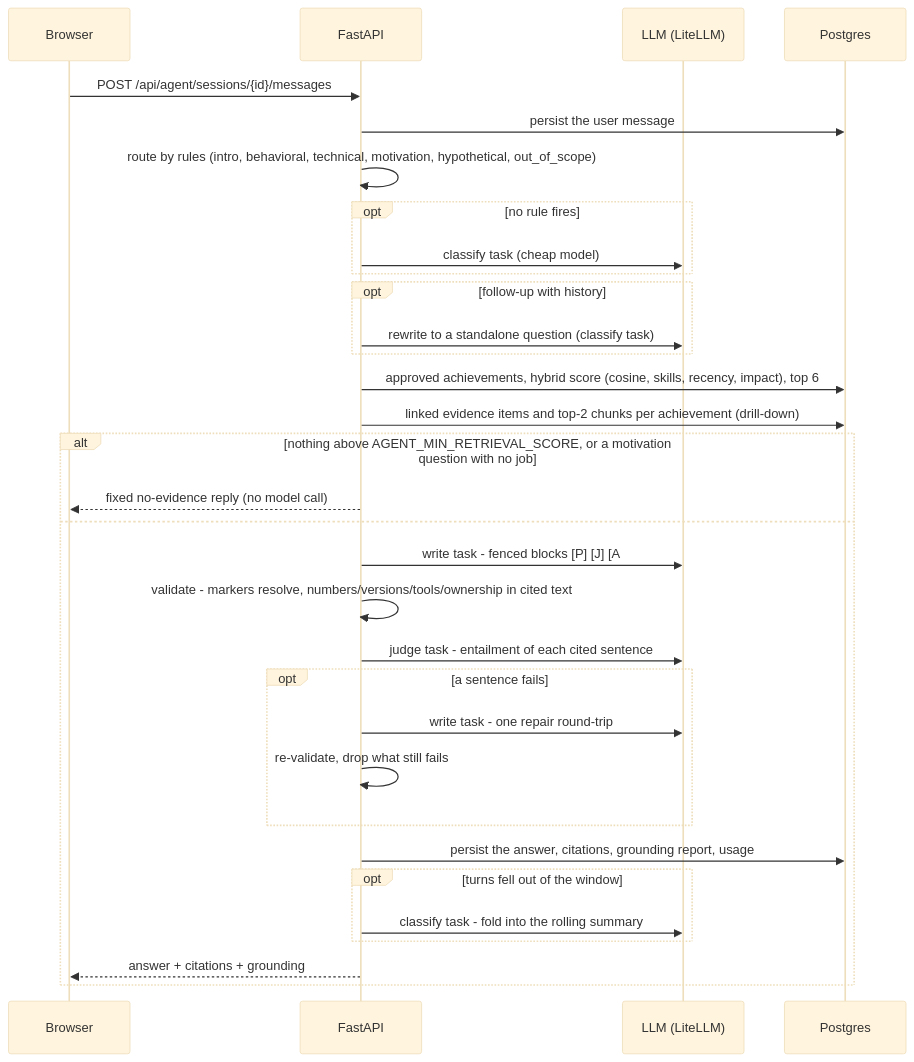
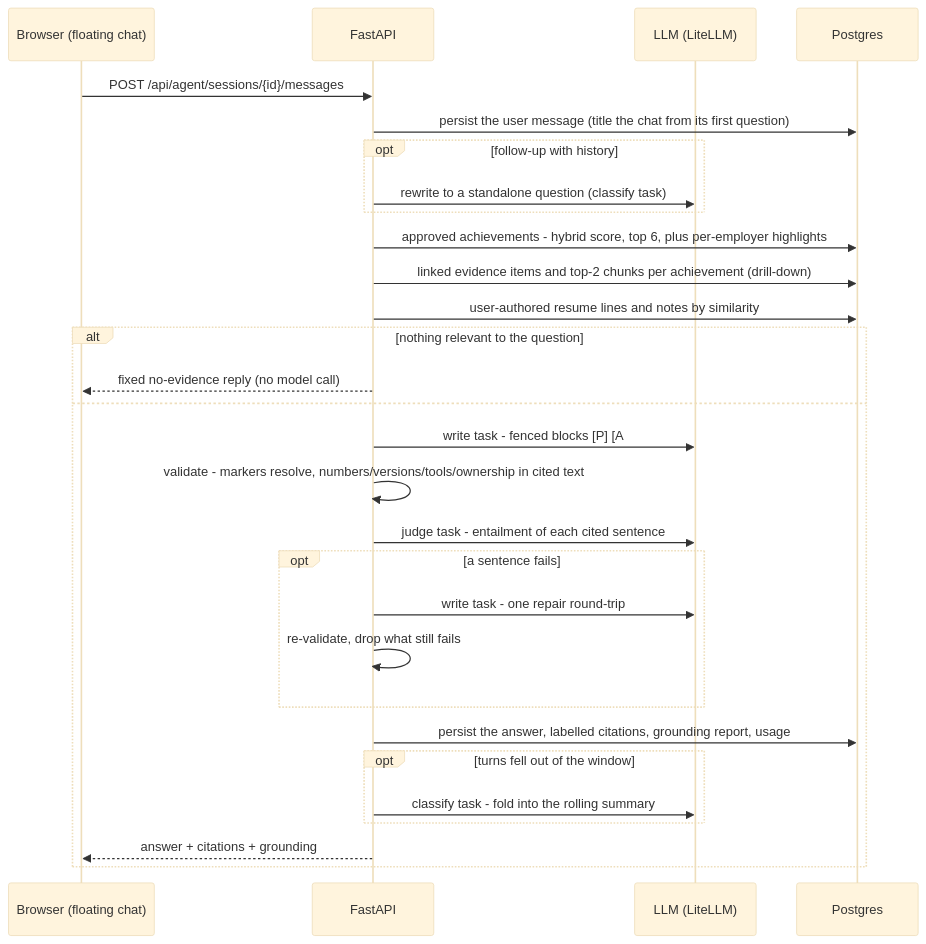
Before and after one commit to MSVhora/ai_job_assistant: the sixth of 7 diagrams in docs/architecture.md, drawn with Mermaid (base theme). The commit also changed other lines of this file and 58 other files, not shown here.

First line of the commit message:
feat(v6/62): evidence chat - general assistant over your evidence with a floating panel

````diff
--- a/docs/architecture.md
+++ b/docs/architecture.md
@@ -275,35 +277,32 @@
 ```mermaid
 sequenceDiagram
-    participant B as Browser
+    participant B as Browser (floating chat)
     participant A as FastAPI
     participant G as LLM (LiteLLM)
     participant D as Postgres
 
     B->>A: POST /api/agent/sessions/{id}/messages
-    A->>D: persist the user message
-    A->>A: route by rules (intro, behavioral, technical, motivation, hypothetical, out_of_scope)
-    opt no rule fires
-        A->>G: classify task (cheap model)
-    end
+    A->>D: persist the user message (title the chat from its first question)
     opt follow-up with history
         A->>G: rewrite to a standalone question (classify task)
     end
-    A->>D: approved achievements, hybrid score (cosine, skills, recency, impact), top 6
+    A->>D: approved achievements - hybrid score, top 6, plus per-employer highlights
     A->>D: linked evidence items and top-2 chunks per achievement (drill-down)
-    alt nothing above AGENT_MIN_RETRIEVAL_SCORE, or a motivation question with no job
+    A->>D: user-authored resume lines and notes by similarity
+    alt nothing relevant to the question
         A-->>B: fixed no-evidence reply (no model call)
     else
-        A->>G: write task - fenced blocks [P] [J] [A#] [E#], answer with inline markers
+        A->>G: write task - fenced blocks [P] [A#] [E#], natural answer with inline markers
         A->>A: validate - markers resolve, numbers/versions/tools/ownership in cited text
         A->>G: judge task - entailment of each cited sentence
         opt a sentence fails
             A->>G: write task - one repair round-trip
             A->>A: re-validate, drop what still fails
         end
-        A->>D: persist the answer, citations, grounding report, usage
+        A->>D: persist the answer, labelled citations, grounding report, usage
         opt turns fell out of the window
             A->>G: classify task - fold into the rolling summary
         end
         A-->>B: answer + citations + grounding
     end
 ```
````
